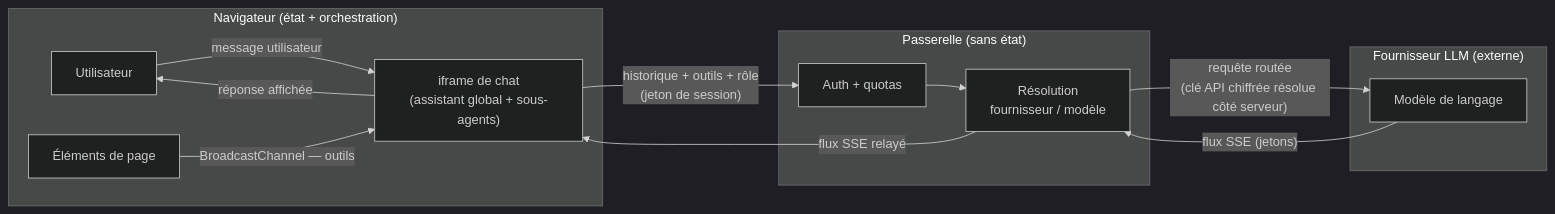
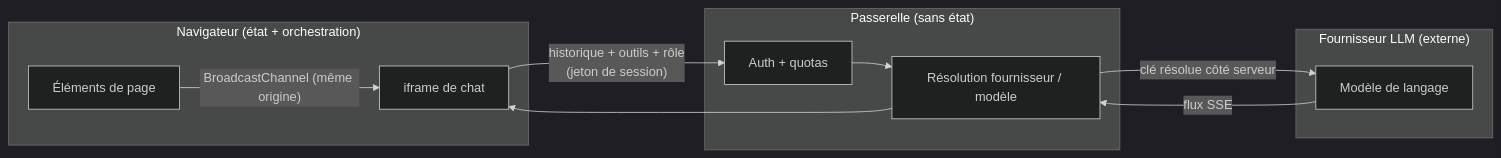
One commit to data-fair/agents changed the diagram in docs/presentation-fr/05-securite.md. Above: the diagram before and after it, drawn with Mermaid (dark theme). The commit also changed other lines of this file and 5 other files, not shown here.

````diff
--- a/docs/presentation-fr/05-securite.md
+++ b/docs/presentation-fr/05-securite.md
@@ -96,26 +29,20 @@
 ```mermaid
 flowchart LR
     subgraph Browser["Navigateur (état + orchestration)"]
-        U["Utilisateur"]
-        IF["iframe de chat\n(assistant global + sous-agents)"]
+        IF["iframe de chat"]
         EP["Éléments de page"]
     end
-
     subgraph GW["Passerelle (sans état)"]
         Auth["Auth + quotas"]
-        Route["Résolution\nfournisseur / modèle"]
+        Route["Résolution fournisseur / modèle"]
     end
-
     subgraph LLM["Fournisseur LLM (externe)"]
         Model["Modèle de langage"]
     end
-
-    U -->|"message utilisateur"| IF
-    EP -->|"BroadcastChannel — outils"| IF
+    EP -->|"BroadcastChannel (même origine)"| IF
     IF -->|"historique + outils + rôle\n(jeton de session)"| Auth
     Auth --> Route
-    Route -->|"requête routée\n(clé API chiffrée résolue côté serveur)"| Model
-    Model -->|"flux SSE (jetons)"| Route
-    Route -->|"flux SSE relayé"| IF
-    IF -->|"réponse affichée"| U
+    Route -->|"clé résolue côté serveur"| Model
+    Model -->|"flux SSE"| Route
+    Route --> IF
 ```
````
